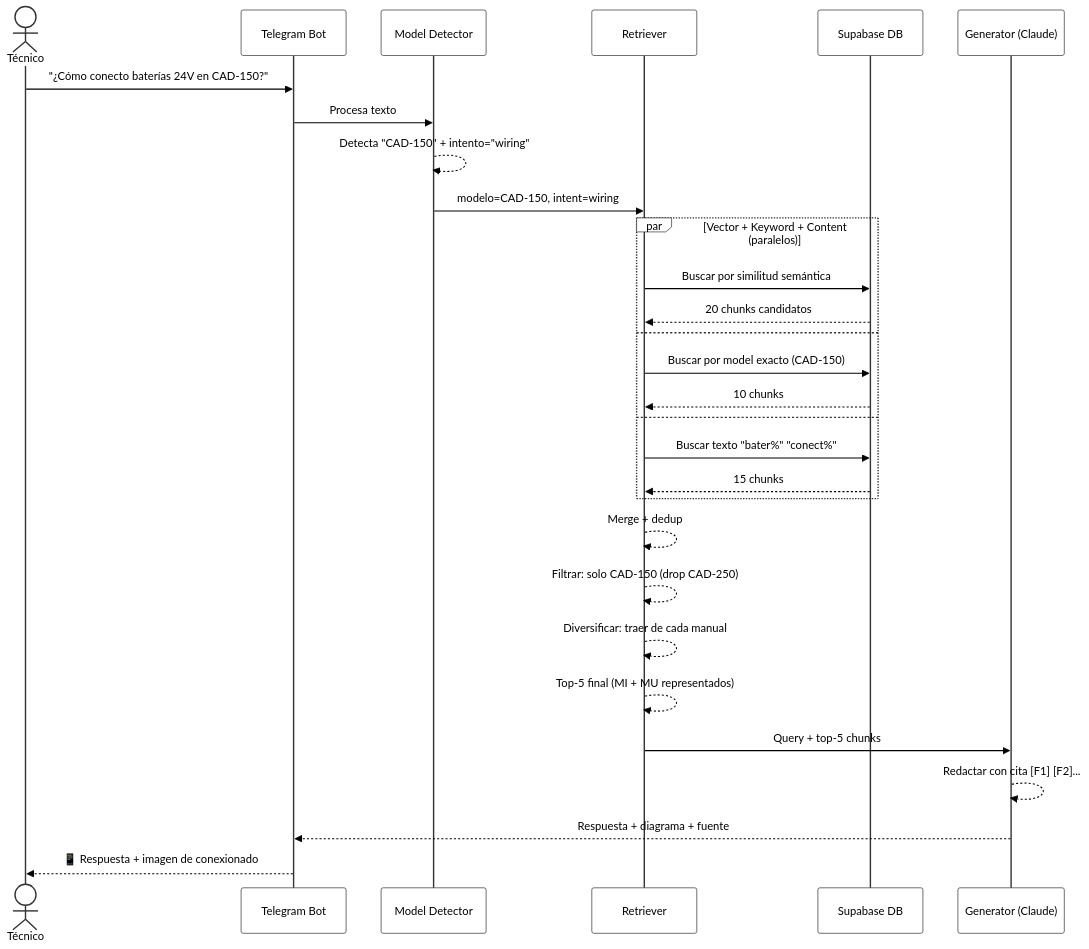
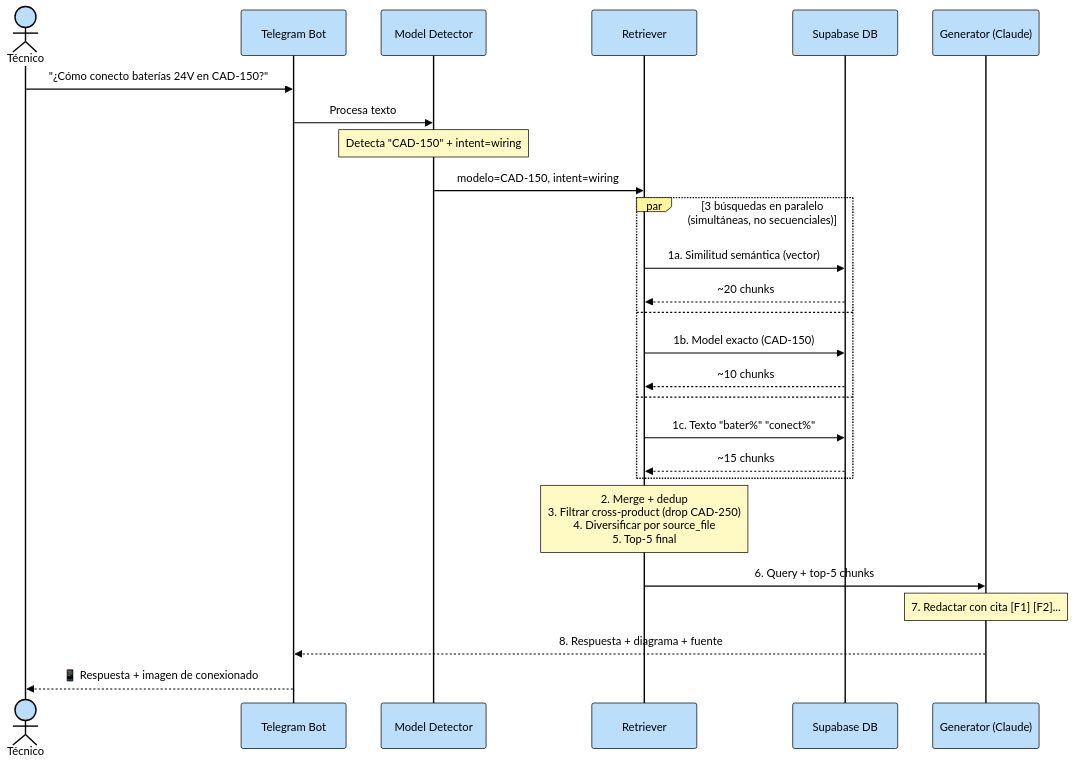
The third of 8 diagrams in docs/ARCHITECTURE.md (albertofontiber/technical_bot), drawn with Mermaid before and after one commit. The commit also changed other lines of this file and 1 other file, not shown here.

````diff
--- a/docs/ARCHITECTURE.md
+++ b/docs/ARCHITECTURE.md
@@ -131,36 +133,33 @@
 ```mermaid
-%%{init: {'theme':'base', 'themeVariables': {'primaryColor':'#ffffff','primaryTextColor':'#000000','primaryBorderColor':'#333333','actorTextColor':'#000000','noteTextColor':'#000000','noteBkgColor':'#fff9c4'}}}%%
+%%{init: {'theme':'base', 'themeVariables':{'primaryColor':'#ffffff','primaryTextColor':'#000000','primaryBorderColor':'#000000','lineColor':'#000000','textColor':'#000000','actorBkg':'#bbdefb','actorBorder':'#000000','actorTextColor':'#000000','signalColor':'#000000','signalTextColor':'#000000','labelBoxBkgColor':'#fff59d','labelBoxBorderColor':'#000000','labelTextColor':'#000000','noteBkgColor':'#fff9c4','noteTextColor':'#000000','noteBorderColor':'#000000','activationBkgColor':'#bbdefb','activationBorderColor':'#000000','sequenceNumberColor':'#000000'}}}%%
 sequenceDiagram
     actor Técnico
     participant Bot as Telegram Bot
     participant Router as Model Detector
     participant Retriever as Retriever
     participant DB as Supabase DB
     participant Gen as Generator (Claude)
     
     Técnico->>Bot: "¿Cómo conecto baterías 24V en CAD-150?"
     Bot->>Router: Procesa texto
-    Router-->>Router: Detecta "CAD-150" + intento="wiring"
+    Note over Router: Detecta "CAD-150" + intent=wiring
     Router->>Retriever: modelo=CAD-150, intent=wiring
     
-    par Vector + Keyword + Content (paralelos)
-        Retriever->>DB: Buscar por similitud semántica
-        DB-->>Retriever: 20 chunks candidatos
+    par 3 búsquedas en paralelo (simultáneas, no secuenciales)
+        Retriever->>DB: 1a. Similitud semántica (vector)
+        DB-->>Retriever: ~20 chunks
     and
-        Retriever->>DB: Buscar por model exacto (CAD-150)
-        DB-->>Retriever: 10 chunks
+        Retriever->>DB: 1b. Model exacto (CAD-150)
+        DB-->>Retriever: ~10 chunks
     and
-        Retriever->>DB: Buscar texto "bater%" "conect%"
-        DB-->>Retriever: 15 chunks
+        Retriever->>DB: 1c. Texto "bater%" "conect%"
+        DB-->>Retriever: ~15 chunks
     end
     
-    Retriever-->>Retriever: Merge + dedup
-    Retriever-->>Retriever: Filtrar: solo CAD-150 (drop CAD-250)
-    Retriever-->>Retriever: Diversificar: traer de cada manual
-    Retriever-->>Retriever: Top-5 final (MI + MU representados)
+    Note over Retriever: 2. Merge + dedup<br/>3. Filtrar cross-product (drop CAD-250)<br/>4. Diversificar por source_file<br/>5. Top-5 final
     
-    Retriever->>Gen: Query + top-5 chunks
-    Gen-->>Gen: Redactar con cita [F1] [F2]...
-    Gen-->>Bot: Respuesta + diagrama + fuente
+    Retriever->>Gen: 6. Query + top-5 chunks
+    Note over Gen: 7. Redactar con cita [F1] [F2]...
+    Gen-->>Bot: 8. Respuesta + diagrama + fuente
     Bot-->>Técnico: 📱 Respuesta + imagen de conexionado
 ```
````
